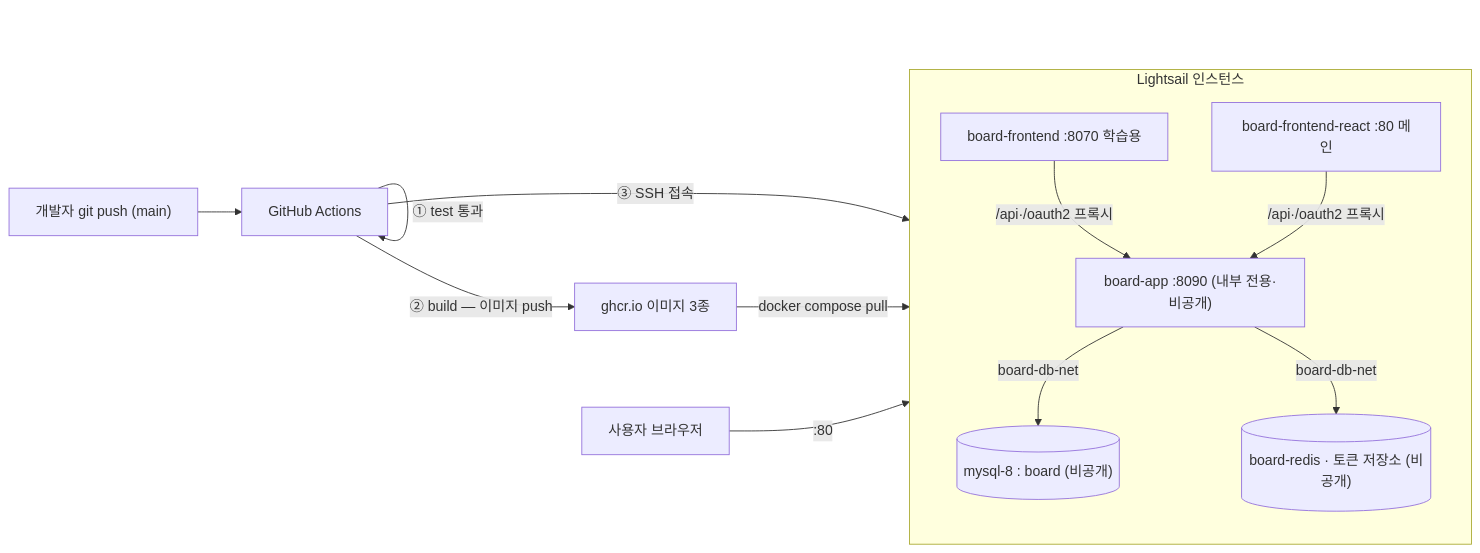
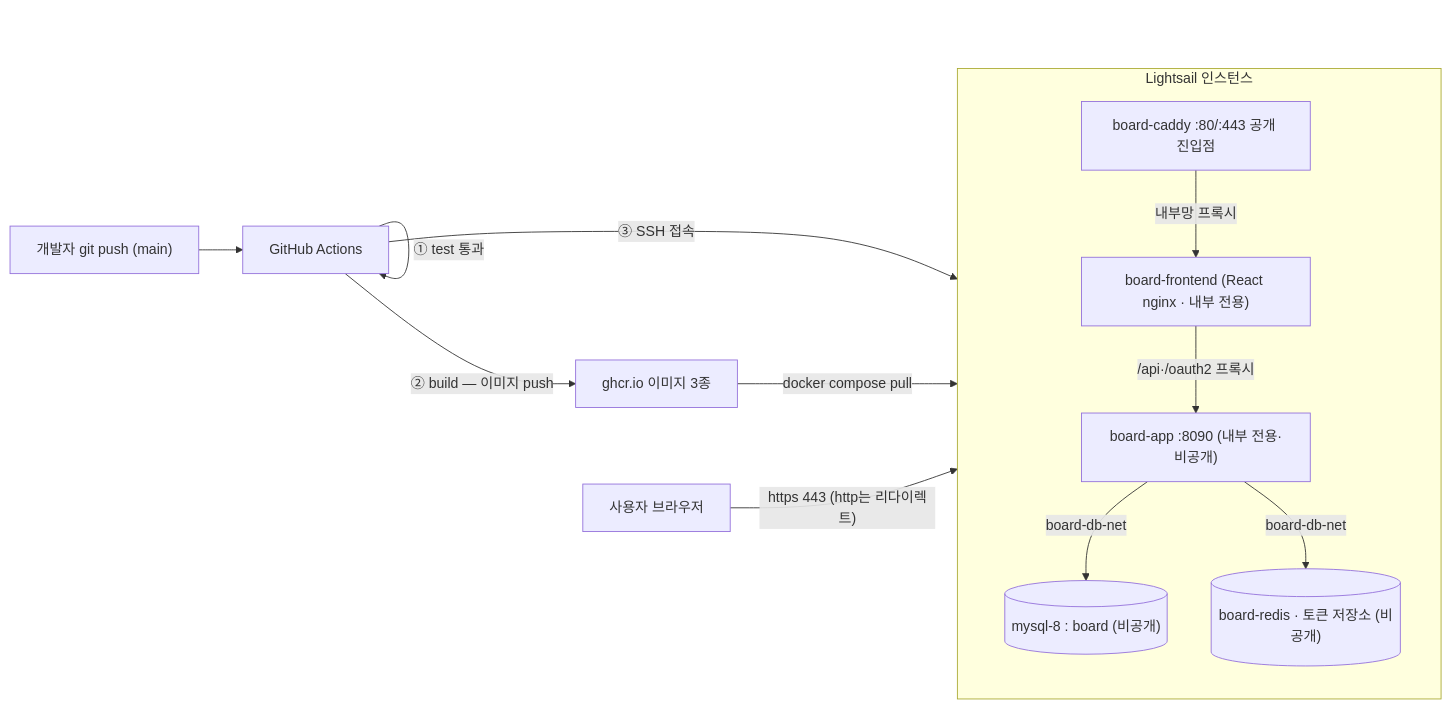
The diagram in docs/lecture/DEPLOY-LIGHTSAIL.md (icesnake72/boards), drawn with Mermaid before and after one commit. The commit also changed other lines of this file and 6 other files, not shown here.

````diff
--- a/docs/lecture/DEPLOY-LIGHTSAIL.md
+++ b/docs/lecture/DEPLOY-LIGHTSAIL.md
@@ -25,15 +25,15 @@
 ```mermaid
 flowchart LR
   DEV["개발자 git push (main)"] --> GH["GitHub Actions"]
   GH -->|"① test 통과"| GH
   GH -->|"② build — 이미지 push"| GHCR["ghcr.io 이미지 3종"]
   GH -->|"③ SSH 접속"| LS["Lightsail 3.34.173.34"]
   GHCR -->|"docker compose pull"| LS
   subgraph LS["Lightsail 인스턴스"]
     APP["board-app :8090 (내부 전용·비공개)"] -->|"board-db-net"| DB[("mysql-8 : board (비공개)")]
     APP -->|"board-db-net"| REDIS[("board-redis · 토큰 저장소 (비공개)")]
-    FE1["board-frontend :8070 학습용"] -->|"/api·/oauth2 프록시"| APP
-    FE2["board-frontend-react :80 메인"] -->|"/api·/oauth2 프록시"| APP
+    CADDY["board-caddy :80/:443 공개 진입점"] -->|"내부망 프록시"| FE["board-frontend (React nginx · 내부 전용)"]
+    FE -->|"/api·/oauth2 프록시"| APP
   end
-  USER["사용자 브라우저"] -->|":80"| LS
+  USER["사용자 브라우저"] -->|"https 443 (http는 리다이렉트)"| LS
 ```
````
